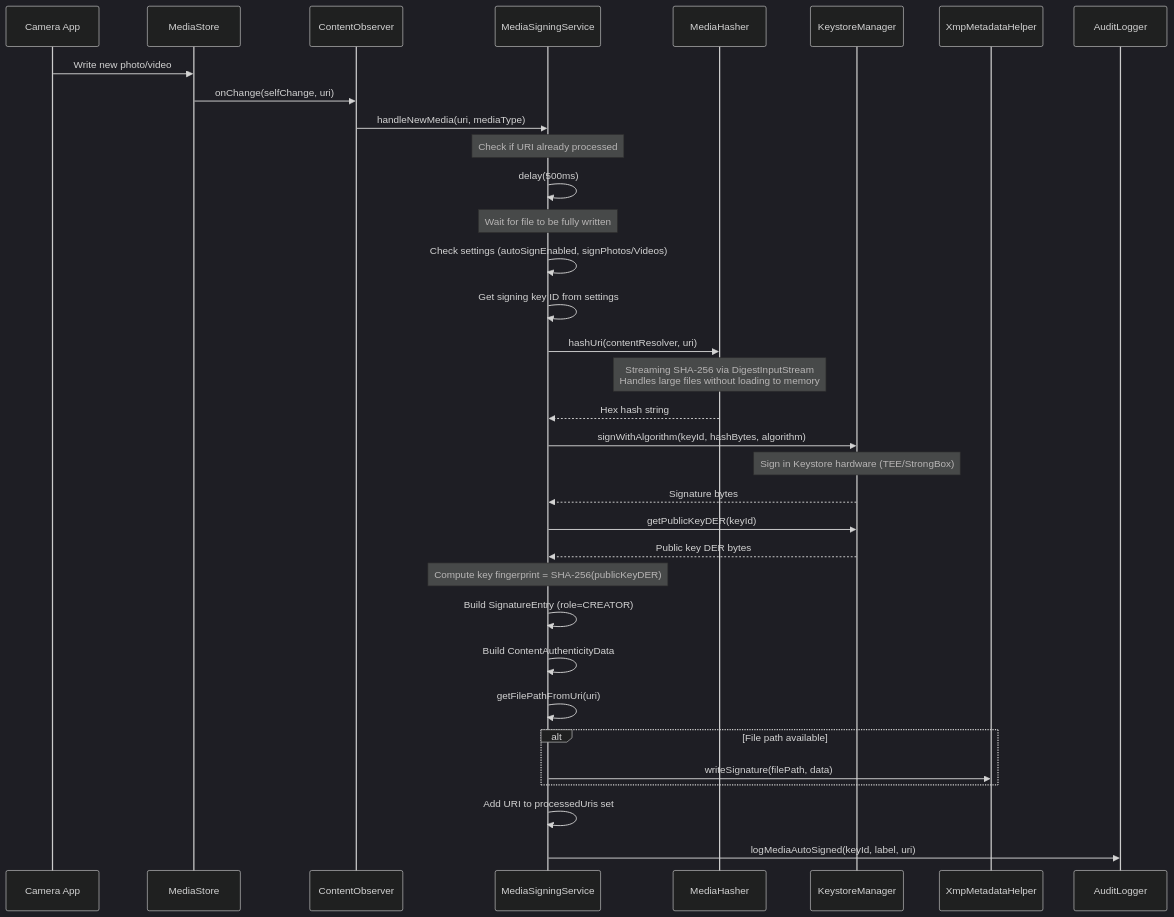
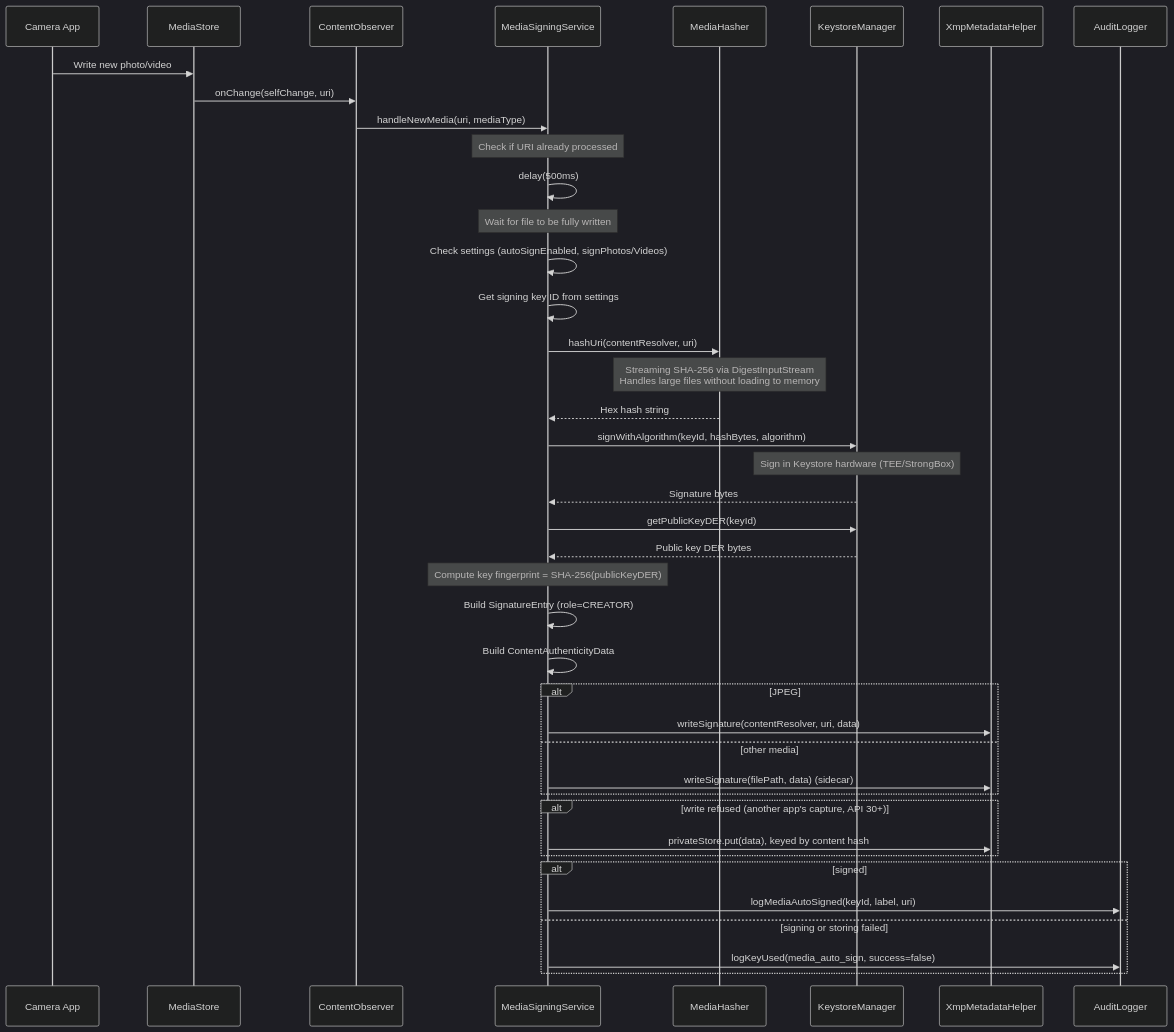
One commit to jeremyhahn/xkey-android changed the second of 2 diagrams in docs/media-signing/engineering.md. Above: the diagram before and after it, drawn with Mermaid (dark theme). The commit also changed other lines of this file and 4 other files, not shown here.

First line of the commit message:
fix: keep an auto-signature the app may not write into the capture

````diff
--- a/docs/media-signing/engineering.md
+++ b/docs/media-signing/engineering.md
@@ -49,47 +49,53 @@
 ```mermaid
 sequenceDiagram
     participant Camera as Camera App
     participant MS as MediaStore
     participant Obs as ContentObserver
     participant Svc as MediaSigningService
     participant MH as MediaHasher
     participant KM as KeystoreManager
     participant XMP as XmpMetadataHelper
     participant AL as AuditLogger
 
     Camera->>MS: Write new photo/video
     MS->>Obs: onChange(selfChange, uri)
     Obs->>Svc: handleNewMedia(uri, mediaType)
 
     Note over Svc: Check if URI already processed
 
     Svc->>Svc: delay(500ms)
     Note over Svc: Wait for file to be fully written
 
     Svc->>Svc: Check settings (autoSignEnabled, signPhotos/Videos)
     Svc->>Svc: Get signing key ID from settings
 
     Svc->>MH: hashUri(contentResolver, uri)
     Note over MH: Streaming SHA-256 via DigestInputStream<br/>Handles large files without loading to memory
     MH-->>Svc: Hex hash string
 
     Svc->>KM: signWithAlgorithm(keyId, hashBytes, algorithm)
     Note over KM: Sign in Keystore hardware (TEE/StrongBox)
     KM-->>Svc: Signature bytes
 
     Svc->>KM: getPublicKeyDER(keyId)
     KM-->>Svc: Public key DER bytes
     Note over Svc: Compute key fingerprint = SHA-256(publicKeyDER)
 
     Svc->>Svc: Build SignatureEntry (role=CREATOR)
     Svc->>Svc: Build ContentAuthenticityData
 
-    Svc->>Svc: getFilePathFromUri(uri)
-    alt File path available
-        Svc->>XMP: writeSignature(filePath, data)
+    alt JPEG
+        Svc->>XMP: writeSignature(contentResolver, uri, data)
+    else other media
+        Svc->>XMP: writeSignature(filePath, data) (sidecar)
+    end
+    alt write refused (another app's capture, API 30+)
+        Svc->>XMP: privateStore.put(data), keyed by content hash
     end
 
-    Svc->>Svc: Add URI to processedUris set
-
-    Svc->>AL: logMediaAutoSigned(keyId, label, uri)
+    alt signed
+        Svc->>AL: logMediaAutoSigned(keyId, label, uri)
+    else signing or storing failed
+        Svc->>AL: logKeyUsed(media_auto_sign, success=false)
+    end
 ```
````
